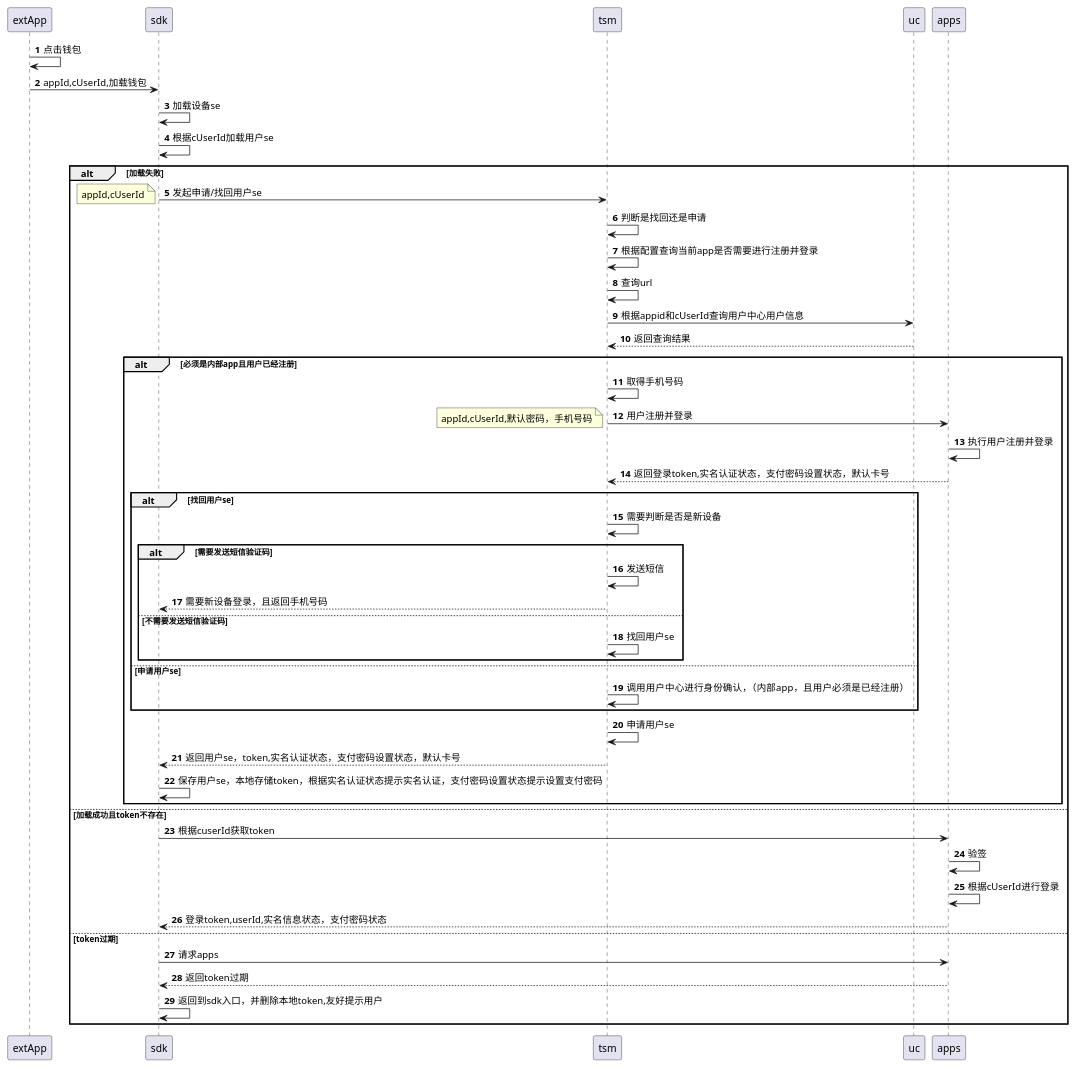
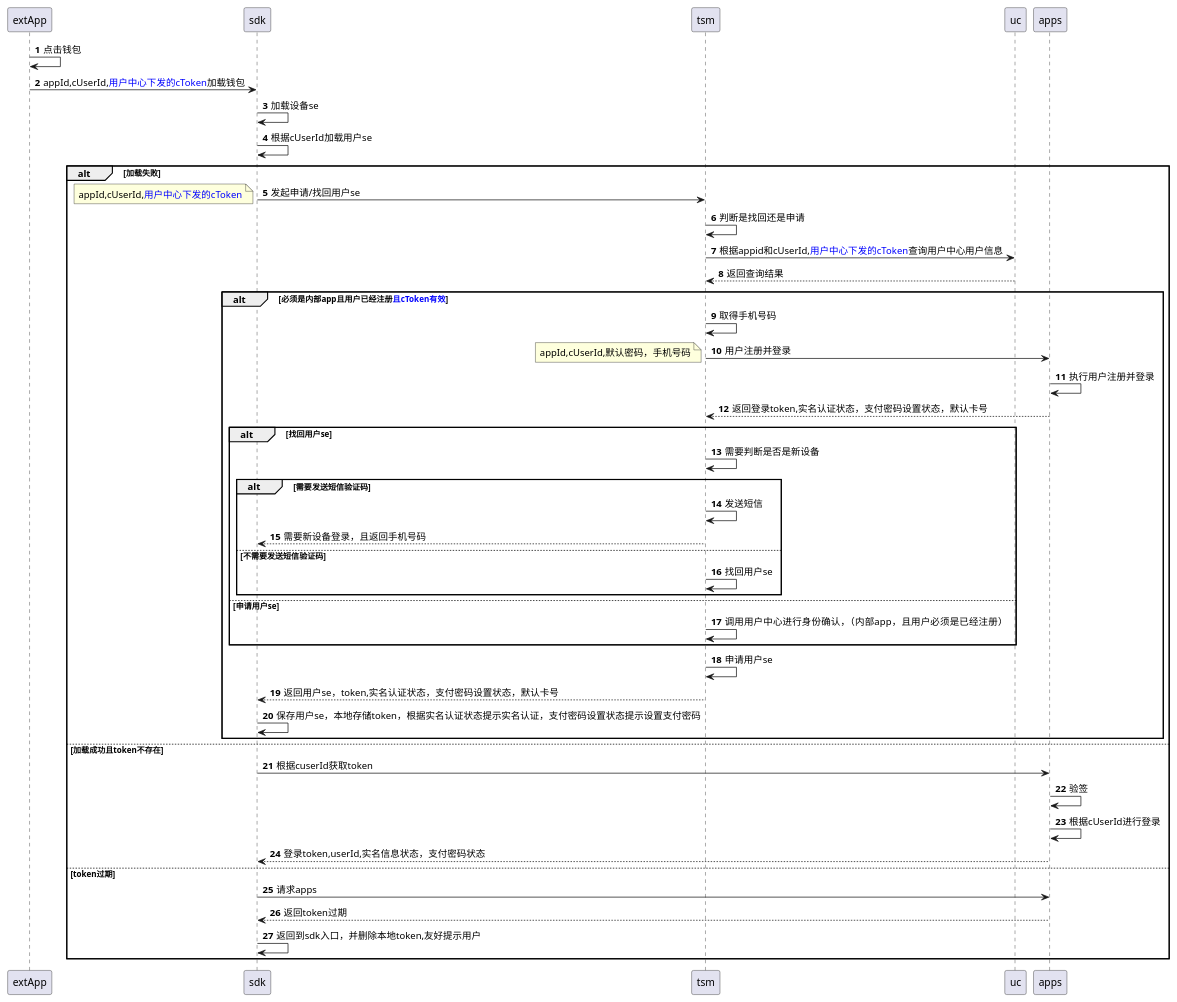
The diagram in doc/sipa/流程设计.puml (13589080127/zc-test), drawn with PlantUML before and after one commit.

Commit message:
增加对cToken的鉴权

```diff
--- a/doc/sipa/流程设计.puml
+++ b/doc/sipa/流程设计.puml
@@ -1,55 +1,46 @@
 @startuml
 autonumber
-/'extApp->extApps:用户注册
-extApps->uc:用户注册
-note left:手机号码\n密码\n应用id\n渠道id
-uc->uc:保存用户信息，产生用户id
-uc-->extApps:返回用户注册结果
-extApps-->extApp:返回用户注册结果
-...'/
 extApp->extApp:点击钱包
-extApp->sdk:appId,cUserId,加载钱包
+extApp->sdk:appId,cUserId,<font color=blue>用户中心下发的cToken</font>加载钱包
 sdk->sdk:加载设备se
 sdk->sdk:根据cUserId加载用户se
 alt 加载失败
 sdk->tsm:发起申请/找回用户se
-note left: appId,cUserId
+note left: appId,cUserId,<font color=blue>用户中心下发的cToken</font>
 tsm->tsm:判断是找回还是申请
-tsm->tsm:根据配置查询当前app是否需要进行注册并登录
-tsm->tsm:查询url
-tsm->uc:根据appid和cUserId查询用户中心用户信息
+tsm->uc:根据appid和cUserId,<font color=blue>用户中心下发的cToken</font>查询用户中心用户信息
 uc-->tsm:返回查询结果
-alt 必须是内部app且用户已经注册
+alt 必须是内部app且用户已经注册<font color=blue>且cToken有效</font>
 tsm->tsm:取得手机号码
 tsm->apps:用户注册并登录
 note left:appId,cUserId,默认密码，手机号码
 apps->apps:执行用户注册并登录
 apps-->tsm:返回登录token,实名认证状态，支付密码设置状态，默认卡号
 alt 找回用户se
 tsm->tsm:需要判断是否是新设备
 alt 需要发送短信验证码
 tsm->tsm:发送短信
 tsm-->sdk:需要新设备登录，且返回手机号码
 else 不需要发送短信验证码
 tsm->tsm:找回用户se
 end
 else 申请用户se
 tsm->tsm:调用用户中心进行身份确认，（内部app，且用户必须是已经注册）
 end
 tsm->tsm:申请用户se
 tsm-->sdk:返回用户se，token,实名认证状态，支付密码设置状态，默认卡号
 sdk->sdk:保存用户se，本地存储token，根据实名认证状态提示实名认证，支付密码设置状态提示设置支付密码
 end
 else 加载成功且token不存在
 sdk->apps:根据cuserId获取token
 apps->apps:验签
 apps->apps:根据cUserId进行登录
 apps-->sdk:登录token,userId,实名信息状态，支付密码状态
 else token过期
 sdk->apps:请求apps
 apps-->sdk:返回token过期
 sdk->sdk:返回到sdk入口，并删除本地token,友好提示用户
 end
 
 
 @enduml
```
